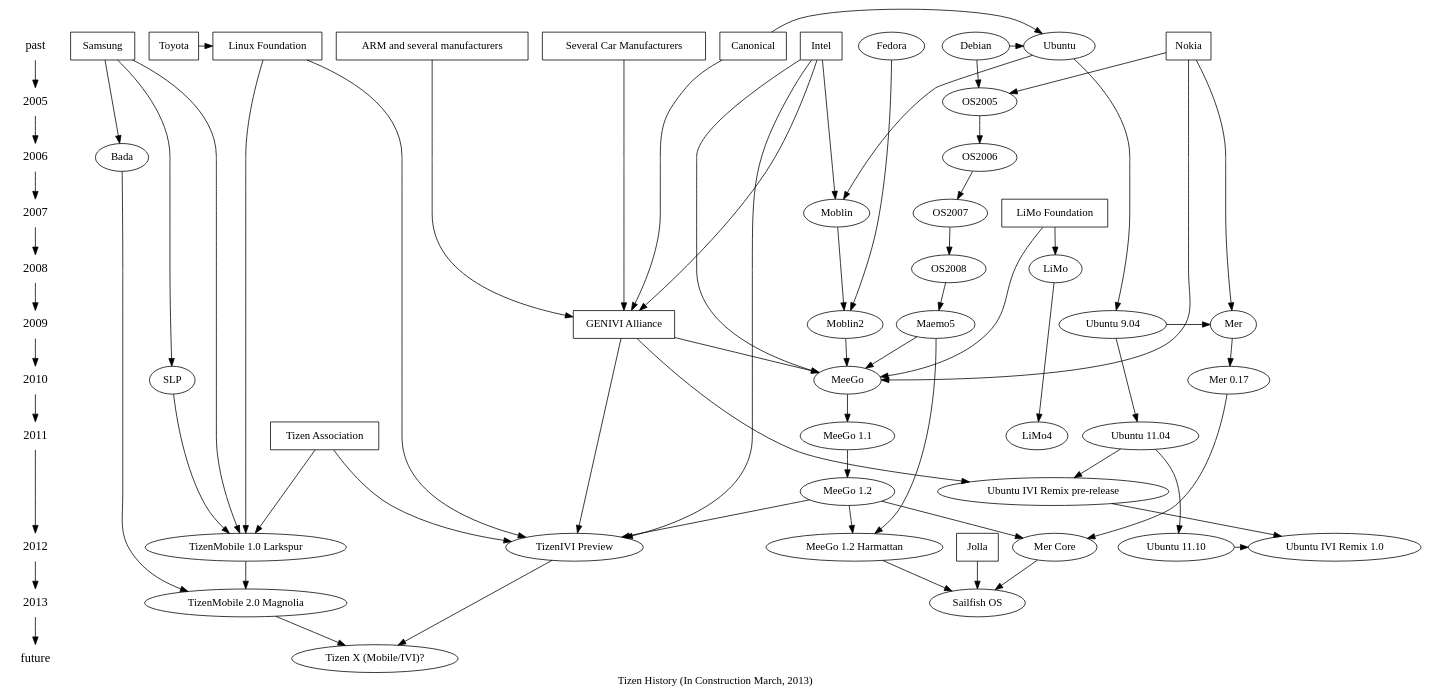
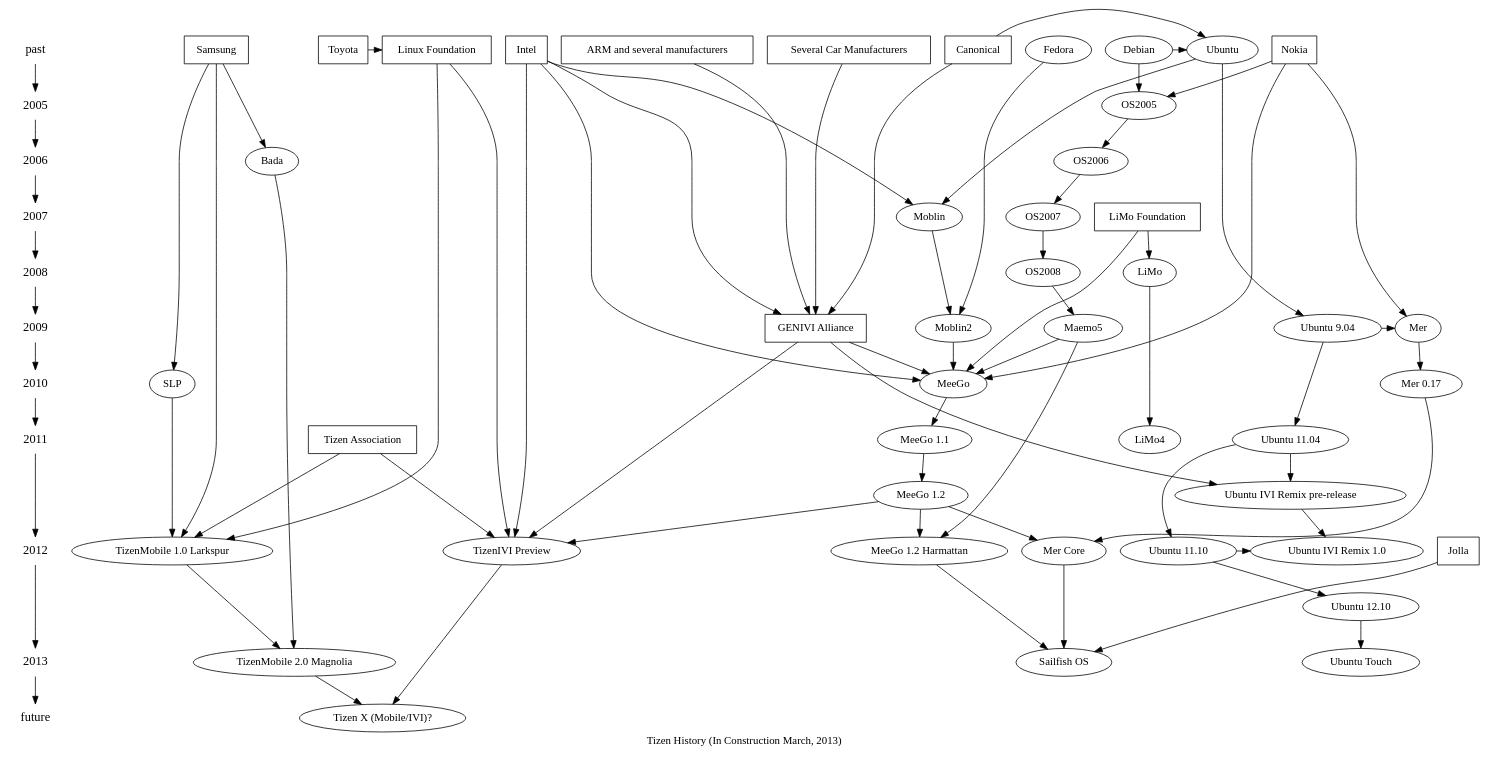
The diagram in tizen-history.dot (kumadasu/tizen-history), drawn with Graphviz before and after one commit. The commit also changed 1 other file, not shown here.

Commit message:
Add Ubuntu Touch

```diff
--- a/tizen-history.dot
+++ b/tizen-history.dot
@@ -1,94 +1,95 @@
 digraph tizenhistory {
 graph [label="Tizen History (In Construction March, 2013)"]
 /*timeline*/
 {
 	node [shape=plaintext, fontsize=16];
 	"past" -> /*1990 ->
 	1991 -> 1992 -> 1993 -> 1994 -> 1995 ->
 	1996 -> 1997 -> 1998 -> 1999 -> 2000 ->
 	2001 -> 2002 -> 2003 -> 2004 ->*/ 2005 ->
 	2006 -> 2007 -> 2008 -> 2009 -> 2010 ->
 	2011 -> 2012 -> 2013 -> "future";
 }
 
 /* Organizations */
 {
 	node [shape=box];
 	{ rank = same; "past"; "Nokia"}
 	{ rank = same; "past"; "Intel"}
 	{ rank = same; "past"; "Samsung"}
 	{ rank = same; "past"; "ARM and several manufacturers"}
 	{ rank = same; "past"; "Several Car Manufacturers"}
 	{ rank = same; "past"; "Canonical"}
 	{ rank = same; "past"; "Linux Foundation"}
 	{ rank = same; "past"; "Toyota"}
 	{ rank = same; "2007"; "LiMo Foundation"}
 	{ rank = same; "2009"; "GENIVI Alliance"}
 	{ rank = same; "2011"; "Tizen Association"} //?
 	{ rank = same; "2012"; "Jolla"} //?
 "Toyota" -> "Linux Foundation";
 "Intel" -> "GENIVI Alliance";
 "Several Car Manufacturers" -> "GENIVI Alliance";
 "ARM and several manufacturers" -> "GENIVI Alliance";
 "Canonical" -> "GENIVI Alliance";
 }
 
 /* Technologies */
 {
 	node [shape=plaintext];
 //	"HTML5";
 }
 
 /* OS */
 { rank = same; "past"; "Ubuntu"; "Fedora"; "Debian"}
 { rank = same; 2005; "OS2005"}
 { rank = same; 2006; "OS2006"}
 { rank = same; 2007; "OS2007"; "Moblin"}
 { rank = same; 2008; "OS2008"; "LiMo"}
 { rank = same; 2009; "Maemo5"; "Moblin2"; "Ubuntu 9.04"; "Mer"}
 { rank = same; 2010; "MeeGo"; "Mer 0.17"; "SLP"}
 { rank = same; 2011; "Ubuntu 11.04"; "LiMo4"}
 { rank = same; "Ubuntu 11.10"; "Ubuntu IVI Remix 1.0"}
 { rank = same; 2012; "TizenMobile 1.0 Larkspur"; "TizenIVI Preview"};
 { rank = same; "TizenMobile 1.0 Larkspur" }
-{ rank = same; 2013; "TizenMobile 2.0 Magnolia"; "Sailfish OS"}
+{ rank = same; 2013; "TizenMobile 2.0 Magnolia"; "Sailfish OS"; "Ubuntu Touch"}
 	"Debian" -> "Ubuntu";
 	"Debian" -> "OS2005" -> "OS2006" -> "OS2007" -> "OS2008" -> "Maemo5" -> "MeeGo";
 	"Ubuntu" -> "Moblin" -> "Moblin2";
 	"Fedora" -> "Moblin2" -> "MeeGo";
 	"Ubuntu 9.04" -> "Mer" -> "Mer 0.17" -> "Mer Core";
 	"LiMo" -> "LiMo4";
 	"MeeGo" -> "MeeGo 1.1" -> "MeeGo 1.2" -> "TizenIVI Preview";
 	"Maemo5" -> "MeeGo 1.2 Harmattan";
 	"MeeGo 1.2" -> "Mer Core";
 	"MeeGo 1.2 Harmattan" -> "Sailfish OS";
 	"Mer Core" -> "Sailfish OS";
 	"MeeGo 1.2" -> "MeeGo 1.2 Harmattan";
 	"SLP" -> "TizenMobile 1.0 Larkspur";
 	"Bada" -> "TizenMobile 2.0 Magnolia";
 	"TizenMobile 1.0 Larkspur" -> "TizenMobile 2.0 Magnolia" -> "Tizen X (Mobile/IVI)?";
 	"TizenIVI Preview" -> "Tizen X (Mobile/IVI)?";
 	"Ubuntu" -> "Ubuntu 9.04" -> "Ubuntu 11.04" -> "Ubuntu 11.10" -> "Ubuntu IVI Remix 1.0";
 	"Ubuntu 11.04" -> "Ubuntu IVI Remix pre-release" -> "Ubuntu IVI Remix 1.0";
+	"Ubuntu 11.10" -> "Ubuntu 12.10" -> "Ubuntu Touch";
 
 "Canonical" -> "Ubuntu";
 "Nokia" -> "OS2005";
 "Intel" -> "Moblin";
 "Intel" -> "MeeGo";
 "Nokia" -> "Mer";
 "Nokia" -> "MeeGo";
 "Samsung" -> "Bada";
 "Samsung" -> "SLP";
 "Intel" -> "TizenIVI Preview";
 "Samsung" -> "TizenMobile 1.0 Larkspur";
 "GENIVI Alliance" -> "MeeGo";
 "GENIVI Alliance" -> "TizenIVI Preview";
 "GENIVI Alliance" -> "Ubuntu IVI Remix pre-release";
 "LiMo Foundation" -> "LiMo";
 "LiMo Foundation" -> "MeeGo";
 "Tizen Association" -> "TizenIVI Preview";
 "Tizen Association" -> "TizenMobile 1.0 Larkspur";
 "Linux Foundation" -> "TizenIVI Preview";
 "Linux Foundation" -> "TizenMobile 1.0 Larkspur";
 "Jolla" -> "Sailfish OS"
 }
```
